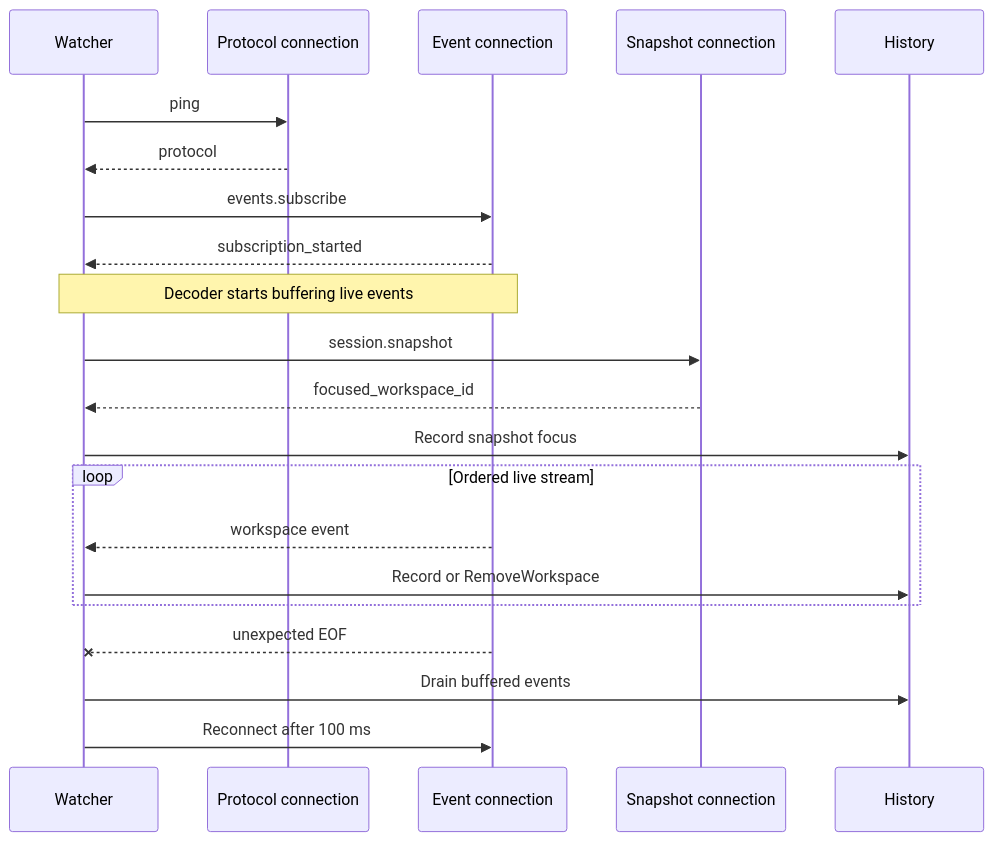
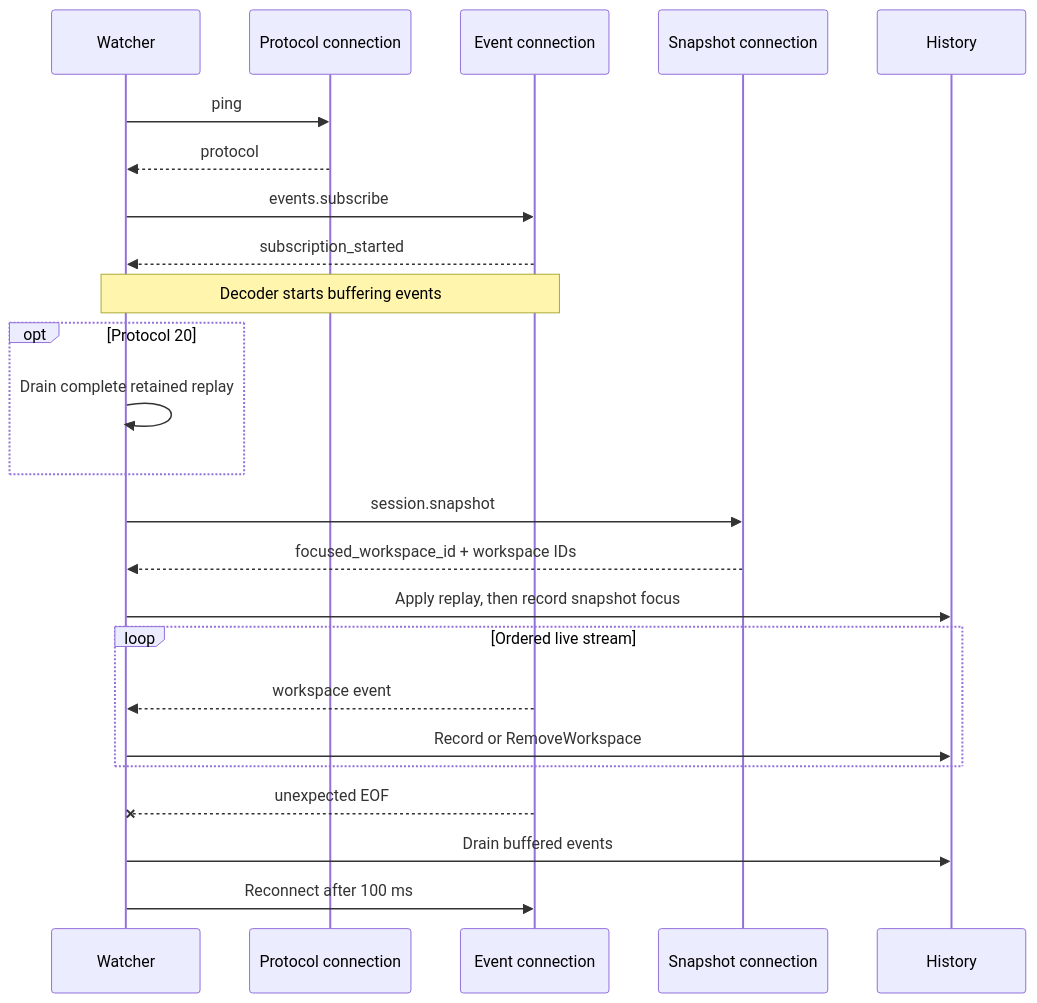
One commit to fullerzz/herdr-plugin-sesh changed the second of 3 diagrams in docs/development/workspace-history.md. Above: the diagram before and after it, drawn with Mermaid. The commit also changed other lines of this file and 2 other files, not shown here.

Commit message:
fix: reconcile protocol 20 workspace history

````diff
--- a/docs/development/workspace-history.md
+++ b/docs/development/workspace-history.md
@@ -90,23 +96,26 @@
 ```mermaid
 sequenceDiagram
     participant W as Watcher
     participant P as Protocol connection
     participant E as Event connection
     participant S as Snapshot connection
     participant H as History
     W->>P: ping
     P-->>W: protocol
     W->>E: events.subscribe
     E-->>W: subscription_started
-    Note over W,E: Decoder starts buffering live events
+    Note over W,E: Decoder starts buffering events
+    opt Protocol 20
+        W->>W: Drain complete retained replay
+    end
     W->>S: session.snapshot
-    S-->>W: focused_workspace_id
-    W->>H: Record snapshot focus
+    S-->>W: focused_workspace_id + workspace IDs
+    W->>H: Apply replay, then record snapshot focus
     loop Ordered live stream
         E-->>W: workspace event
         W->>H: Record or RemoveWorkspace
     end
     E--xW: unexpected EOF
     W->>H: Drain buffered events
     W->>E: Reconnect after 100 ms
 ```
````
